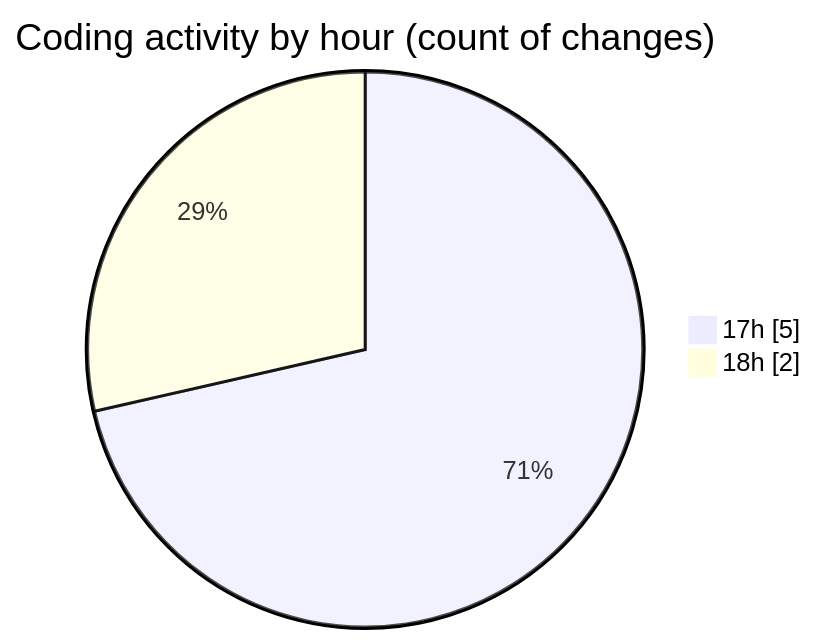
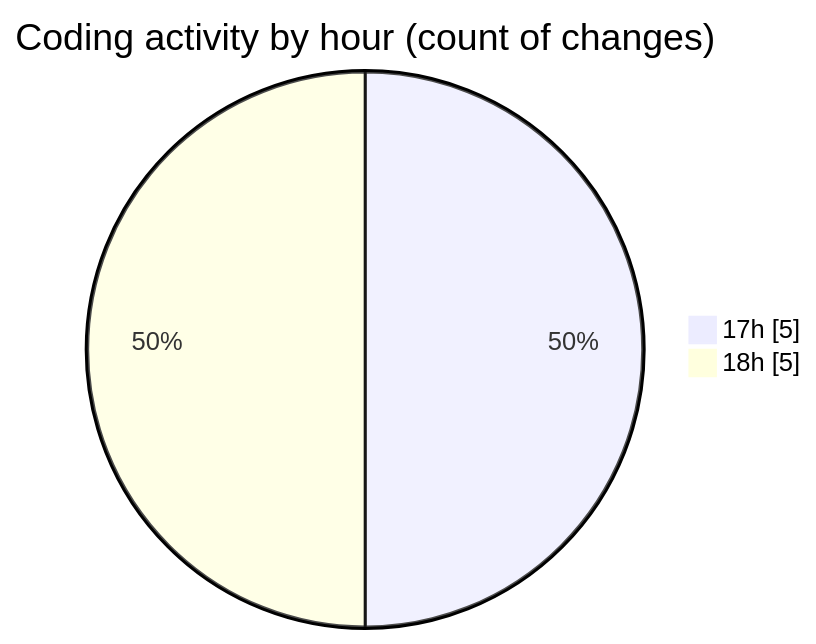
One commit to donsfak/code-tracking changed the second of 2 diagrams in 2025-01-01/uber_clone/README.md. Above: the diagram before and after it, drawn with Mermaid. The commit also changed other lines of this file and 1 other file, not shown here.

````diff
--- a/2025-01-01/uber_clone/README.md
+++ b/2025-01-01/uber_clone/README.md
@@ -31,6 +33,6 @@
 ```mermaid
 pie showData
 title Coding activity by hour (count of changes)
 "17h" : 5
-"18h" : 2
+"18h" : 5
 ```
````
